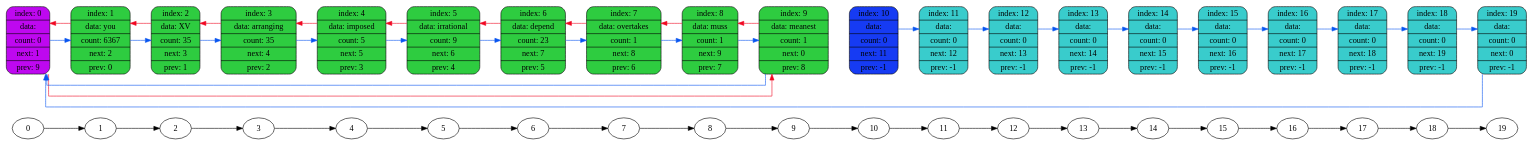
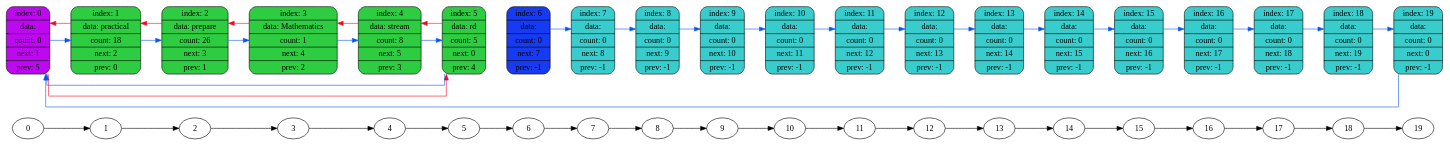
One commit to coffee8cat/Hash-table changed the diagram in data/dump1.dot. Above: the diagram before and after it, drawn with Graphviz. The commit also changed 18 other files, not shown here.

```diff
--- a/data/dump1.dot
+++ b/data/dump1.dot
@@ -1,100 +1,96 @@
 digraph
 {
     graph[splines = ortho]
     rankdir=LR
 
     "0" -> "1" -> "2" -> "3" -> "4" -> "5" -> "6" -> "7" -> "8" -> "9" -> "10" -> "11" -> "12" -> "13" -> "14" -> "15" -> "16" -> "17" -> "18" -> "19";
 
-    node10[shape=record,style="rounded,filled",fillcolor="#163bf3",label="index: 10 | data:  | count: 0 | next: 11 | prev: -1"];
+    node6[shape=record,style="rounded,filled",fillcolor="#163bf3",label="index: 6 | data:  | count: 0 | next: 7 | prev: -1"];
+    node7[shape=record,style="rounded,filled",fillcolor="#39CCCC",label="index: 7 | data:  | count: 0 | next: 8 | prev: -1"];
+    node8[shape=record,style="rounded,filled",fillcolor="#39CCCC",label="index: 8 | data:  | count: 0 | next: 9 | prev: -1"];
+    node9[shape=record,style="rounded,filled",fillcolor="#39CCCC",label="index: 9 | data:  | count: 0 | next: 10 | prev: -1"];
+    node10[shape=record,style="rounded,filled",fillcolor="#39CCCC",label="index: 10 | data:  | count: 0 | next: 11 | prev: -1"];
     node11[shape=record,style="rounded,filled",fillcolor="#39CCCC",label="index: 11 | data:  | count: 0 | next: 12 | prev: -1"];
     node12[shape=record,style="rounded,filled",fillcolor="#39CCCC",label="index: 12 | data:  | count: 0 | next: 13 | prev: -1"];
     node13[shape=record,style="rounded,filled",fillcolor="#39CCCC",label="index: 13 | data:  | count: 0 | next: 14 | prev: -1"];
     node14[shape=record,style="rounded,filled",fillcolor="#39CCCC",label="index: 14 | data:  | count: 0 | next: 15 | prev: -1"];
     node15[shape=record,style="rounded,filled",fillcolor="#39CCCC",label="index: 15 | data:  | count: 0 | next: 16 | prev: -1"];
     node16[shape=record,style="rounded,filled",fillcolor="#39CCCC",label="index: 16 | data:  | count: 0 | next: 17 | prev: -1"];
     node17[shape=record,style="rounded,filled",fillcolor="#39CCCC",label="index: 17 | data:  | count: 0 | next: 18 | prev: -1"];
     node18[shape=record,style="rounded,filled",fillcolor="#39CCCC",label="index: 18 | data:  | count: 0 | next: 19 | prev: -1"];
     node19[shape=record,style="rounded,filled",fillcolor="#39CCCC",label="index: 19 | data:  | count: 0 | next: 0 | prev: -1"];
-    node0[shape=record,style="rounded,filled",fillcolor="#BE08F0",label="index: 0 | data:  | count: 0 | next: 1 | prev: 9"];
-    node1[shape=record,style="rounded,filled",fillcolor="#2ECC40",label="index: 1 | data: you | count: 6367 | next: 2 | prev: 0"];
-    node2[shape=record,style="rounded,filled",fillcolor="#2ECC40",label="index: 2 | data: XV | count: 35 | next: 3 | prev: 1"];
-    node3[shape=record,style="rounded,filled",fillcolor="#2ECC40",label="index: 3 | data: arranging | count: 35 | next: 4 | prev: 2"];
-    node4[shape=record,style="rounded,filled",fillcolor="#2ECC40",label="index: 4 | data: imposed | count: 5 | next: 5 | prev: 3"];
-    node5[shape=record,style="rounded,filled",fillcolor="#2ECC40",label="index: 5 | data: irrational | count: 9 | next: 6 | prev: 4"];
-    node6[shape=record,style="rounded,filled",fillcolor="#2ECC40",label="index: 6 | data: depend | count: 23 | next: 7 | prev: 5"];
-    node7[shape=record,style="rounded,filled",fillcolor="#2ECC40",label="index: 7 | data: overtakes | count: 1 | next: 8 | prev: 6"];
-    node8[shape=record,style="rounded,filled",fillcolor="#2ECC40",label="index: 8 | data: muss | count: 1 | next: 9 | prev: 7"];
-    node9[shape=record,style="rounded,filled",fillcolor="#2ECC40",label="index: 9 | data: meanest | count: 1 | next: 0 | prev: 8"];
+    node0[shape=record,style="rounded,filled",fillcolor="#BE08F0",label="index: 0 | data:  | count: 0 | next: 1 | prev: 5"];
+    node1[shape=record,style="rounded,filled",fillcolor="#2ECC40",label="index: 1 | data: practical | count: 18 | next: 2 | prev: 0"];
+    node2[shape=record,style="rounded,filled",fillcolor="#2ECC40",label="index: 2 | data: prepare | count: 26 | next: 3 | prev: 1"];
+    node3[shape=record,style="rounded,filled",fillcolor="#2ECC40",label="index: 3 | data: Mathematics | count: 1 | next: 4 | prev: 2"];
+    node4[shape=record,style="rounded,filled",fillcolor="#2ECC40",label="index: 4 | data: stream | count: 8 | next: 5 | prev: 3"];
+    node5[shape=record,style="rounded,filled",fillcolor="#2ECC40",label="index: 5 | data: rd | count: 5 | next: 0 | prev: 4"];
 
     node0 -> node1[color="none"]
     {rank = same; "0"; node0}
     node1 -> node2[color="none"]
     {rank = same; "1"; node1}
     node2 -> node3[color="none"]
     {rank = same; "2"; node2}
     node3 -> node4[color="none"]
     {rank = same; "3"; node3}
     node4 -> node5[color="none"]
     {rank = same; "4"; node4}
     node5 -> node6[color="none"]
     {rank = same; "5"; node5}
     node6 -> node7[color="none"]
     {rank = same; "6"; node6}
     node7 -> node8[color="none"]
     {rank = same; "7"; node7}
     node8 -> node9[color="none"]
     {rank = same; "8"; node8}
     node9 -> node10[color="none"]
     {rank = same; "9"; node9}
     node10 -> node11[color="none"]
     {rank = same; "10"; node10}
     node11 -> node12[color="none"]
     {rank = same; "11"; node11}
     node12 -> node13[color="none"]
     {rank = same; "12"; node12}
     node13 -> node14[color="none"]
     {rank = same; "13"; node13}
     node14 -> node15[color="none"]
     {rank = same; "14"; node14}
     node15 -> node16[color="none"]
     {rank = same; "15"; node15}
     node16 -> node17[color="none"]
     {rank = same; "16"; node16}
     node17 -> node18[color="none"]
     {rank = same; "17"; node17}
     node18 -> node19[color="none"]
     {rank = same; "18"; node18}
     {rank = same; "19"; node19}
 
     node0 -> node1[color="#0855F0",constraint=false]
     node1 -> node0[color="#F00822",constraint=false]
     node1 -> node2[color="#0855F0",constraint=false]
     node2 -> node1[color="#F00822",constraint=false]
     node2 -> node3[color="#0855F0",constraint=false]
     node3 -> node2[color="#F00822",constraint=false]
     node3 -> node4[color="#0855F0",constraint=false]
     node4 -> node3[color="#F00822",constraint=false]
     node4 -> node5[color="#0855F0",constraint=false]
     node5 -> node4[color="#F00822",constraint=false]
-    node5 -> node6[color="#0855F0",constraint=false]
-    node6 -> node5[color="#F00822",constraint=false]
+    node5 -> node0[color="#0855F0",constraint=false]
+
+    node0 -> node5[color="#F00822",constraint=false]
     node6 -> node7[color="#0855F0",constraint=false]
-    node7 -> node6[color="#F00822",constraint=false]
     node7 -> node8[color="#0855F0",constraint=false]
-    node8 -> node7[color="#F00822",constraint=false]
     node8 -> node9[color="#0855F0",constraint=false]
-    node9 -> node8[color="#F00822",constraint=false]
-    node9 -> node0[color="#0855F0",constraint=false]
-
-    node0 -> node9[color="#F00822",constraint=false]
+    node9 -> node10[color="#0855F0",constraint=false]
     node10 -> node11[color="#0855F0",constraint=false]
     node11 -> node12[color="#0855F0",constraint=false]
     node12 -> node13[color="#0855F0",constraint=false]
     node13 -> node14[color="#0855F0",constraint=false]
     node14 -> node15[color="#0855F0",constraint=false]
     node15 -> node16[color="#0855F0",constraint=false]
     node16 -> node17[color="#0855F0",constraint=false]
     node17 -> node18[color="#0855F0",constraint=false]
     node18 -> node19[color="#0855F0",constraint=false]
     node19 -> node0[color="#0855F0",constraint=false]
 }
```
